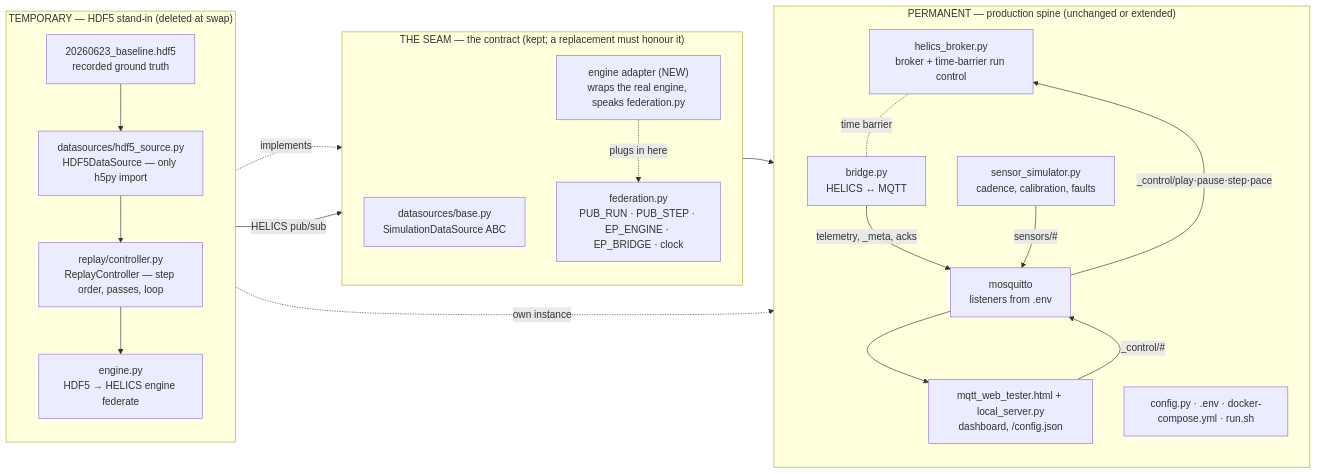
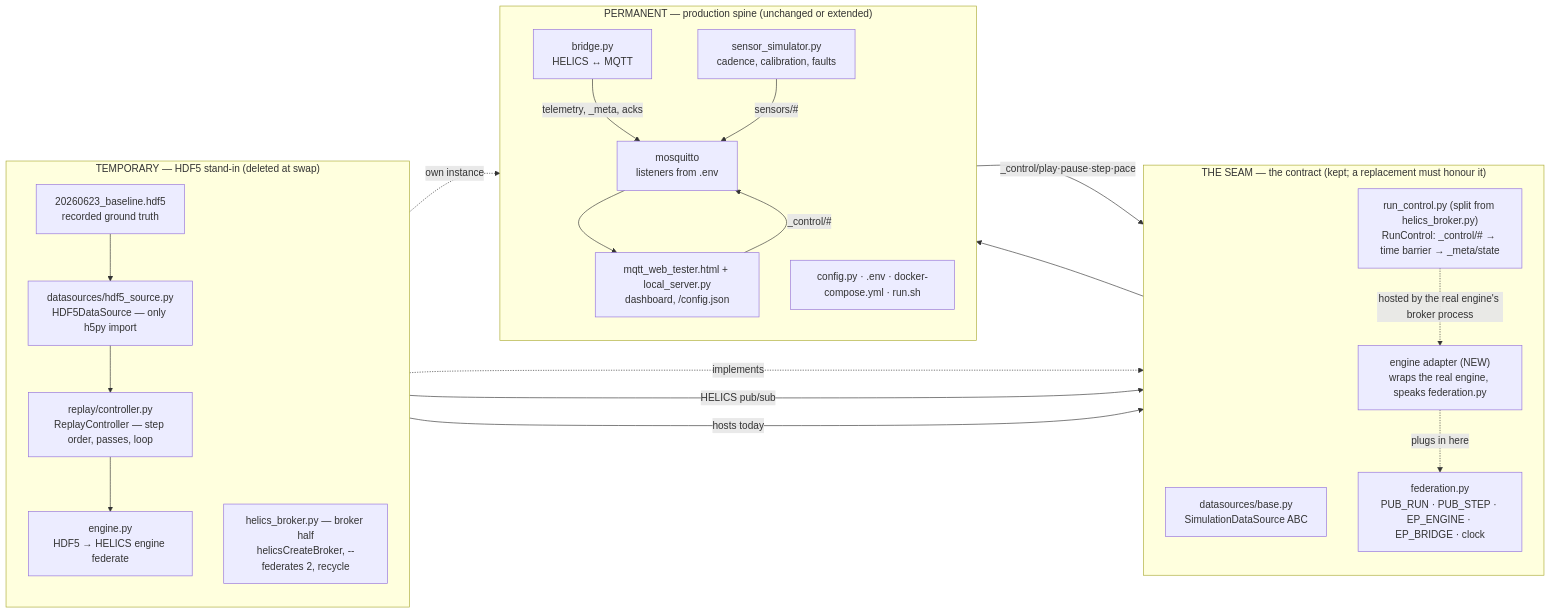
One commit to dshaterzadeh/Live_simulatation_viewer changed the third of 3 diagrams in ARCHITECTURE.md. Above: the diagram before and after it, drawn with Mermaid. The commit also changed other lines of this file and 1 other file, not shown here.

First line of the commit message:
Docs: the HELICS broker process is temporary, RunControl is the movable seam

````diff
--- a/ARCHITECTURE.md
+++ b/ARCHITECTURE.md
@@ -2390,35 +2390,37 @@
 ```mermaid
 flowchart LR
   subgraph T["TEMPORARY — HDF5 stand-in (deleted at swap)"]
     direction TB
     F["20260623_baseline.hdf5<br/>recorded ground truth"]
     S["datasources/hdf5_source.py<br/>HDF5DataSource — only h5py import"]
     C["replay/controller.py<br/>ReplayController — step order, passes, loop"]
     E["engine.py<br/>HDF5 → HELICS engine federate"]
+    H["helics_broker.py — broker half<br/>helicsCreateBroker, --federates 2, recycle"]
     F --> S --> C --> E
   end
   subgraph M["THE SEAM — the contract (kept; a replacement must honour it)"]
     direction TB
     A["datasources/base.py<br/>SimulationDataSource ABC"]
     W["federation.py<br/>PUB_RUN · PUB_STEP · EP_ENGINE · EP_BRIDGE · clock"]
+    B["run_control.py (split from helics_broker.py)<br/>RunControl: _control/# → time barrier → _meta/state"]
     N["engine adapter (NEW)<br/>wraps the real engine, speaks federation.py"]
   end
   subgraph P["PERMANENT — production spine (unchanged or extended)"]
     direction TB
-    B["helics_broker.py<br/>broker + time-barrier run control"]
     R["bridge.py<br/>HELICS ↔ MQTT"]
     Q["mosquitto<br/>listeners from .env"]
     D["mqtt_web_tester.html + local_server.py<br/>dashboard, /config.json"]
     X["sensor_simulator.py<br/>cadence, calibration, faults"]
     K["config.py · .env · docker-compose.yml · run.sh"]
-    B -. time barrier .- R
     R -- "telemetry, _meta, acks" --> Q --> D
     D -- "_control/#" --> Q
-    Q -- "_control/play·pause·step·pace" --> B
     X -- "sensors/#" --> Q
   end
+  Q -- "_control/play·pause·step·pace" --> B
   S -. implements .-> A
   E -- "HELICS pub/sub" --> W --> R
   N -. "plugs in here" .-> W
+  H -- "hosts today" --> B
+  B -. "hosted by the real engine's broker process" .-> N
   S -. "own instance" .-> X
 ```
````
